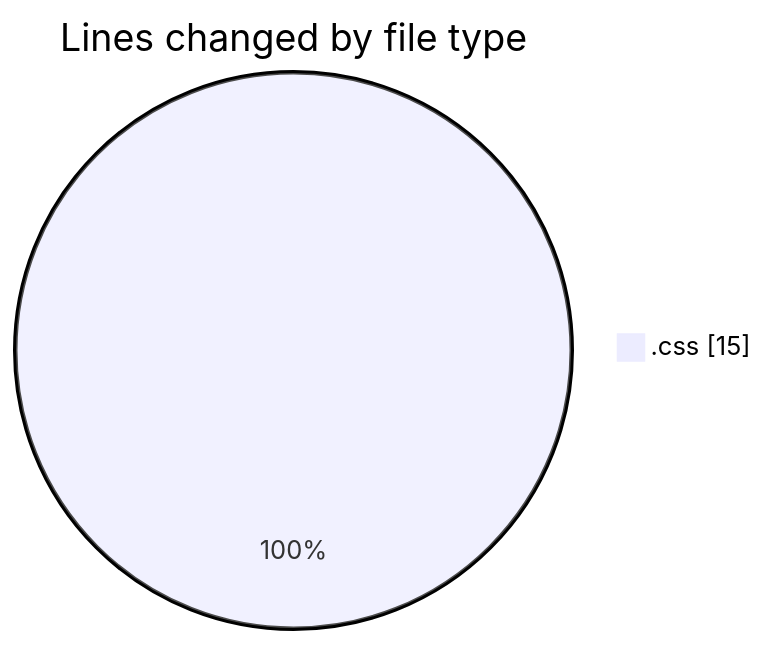
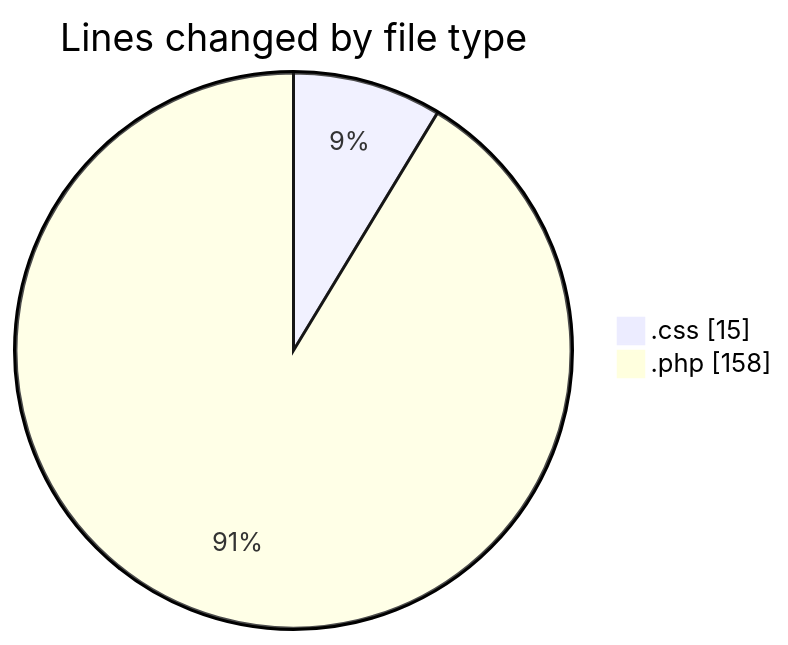
Before and after one commit to momahboobian/code-tracking: the first of 2 diagrams in 2026-03-20/designexo-child/README.md, drawn with Mermaid. The commit also changed other lines of this file and 1 other file, not shown here.

````diff
--- a/2026-03-20/designexo-child/README.md
+++ b/2026-03-20/designexo-child/README.md
@@ -20,5 +22,6 @@
 ```mermaid
 pie showData
 title Lines changed by file type
 ".css" : 15
+".php" : 158
 ```
````
